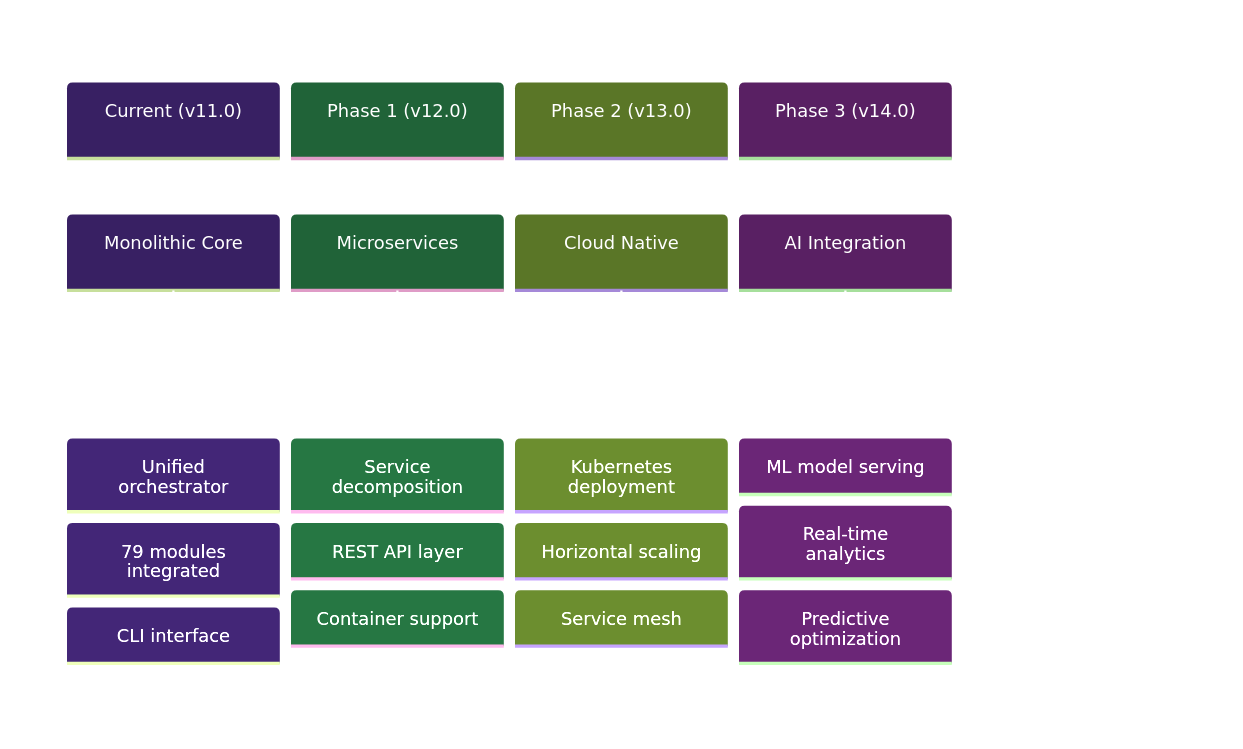
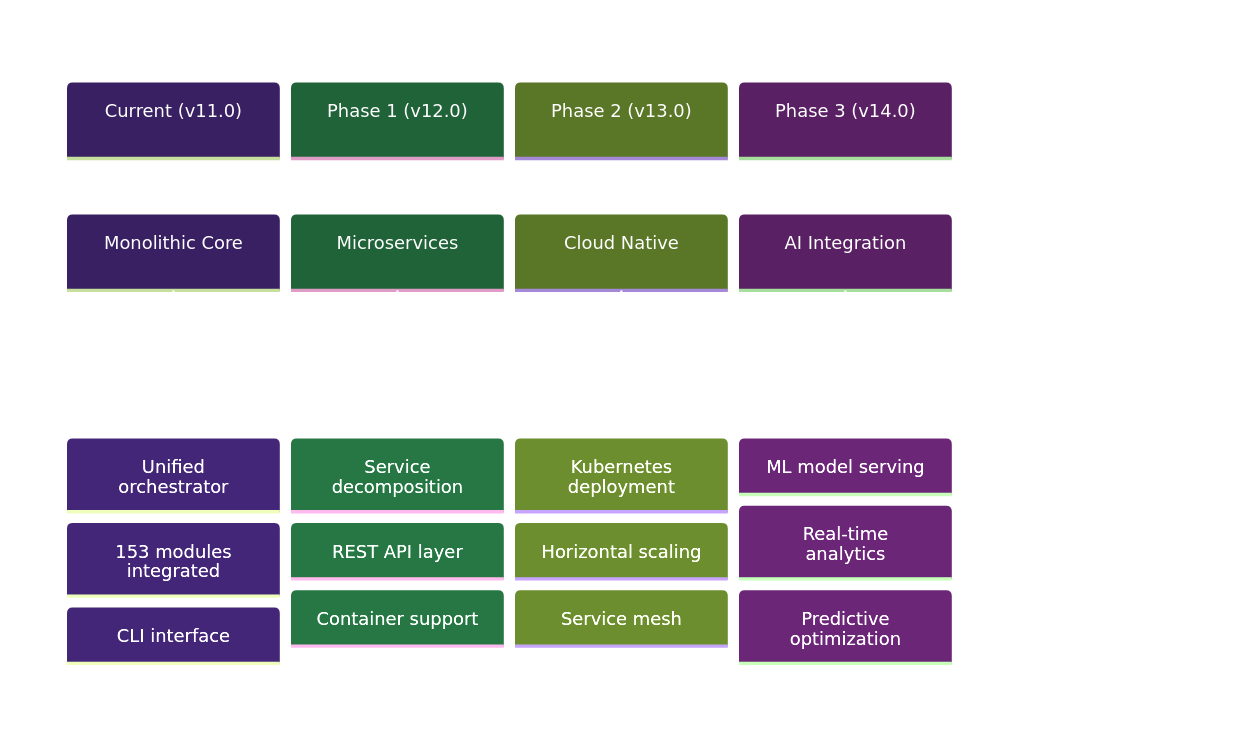
The seventh of 8 diagrams in docs/ARCHITECTURE/INDEX.md (arkalia-luna-system/ia-pipeline), drawn with Mermaid before and after one commit. The commit also changed other lines of this file and 29 other files, not shown here.

````diff
--- a/docs/ARCHITECTURE/INDEX.md
+++ b/docs/ARCHITECTURE/INDEX.md
@@ -340,25 +340,25 @@
 ```mermaid
 %%{init: {'theme':'base', 'themeVariables': { 'primaryColor': '#6f42c1', 'primaryTextColor': '#fff', 'primaryBorderColor': '#5a32a3'}}}%%
 timeline
     title Architecture Evolution Roadmap
     
     section Current (v11.0)
         Monolithic Core    : Unified orchestrator
-                          : 79 modules integrated
+                          : 153 modules integrated
                           : CLI interface
     
     section Phase 1 (v12.0)
         Microservices     : Service decomposition
                          : REST API layer
                          : Container support
     
     section Phase 2 (v13.0)
         Cloud Native      : Kubernetes deployment
                          : Horizontal scaling
                          : Service mesh
     
     section Phase 3 (v14.0)
         AI Integration    : ML model serving
                          : Real-time analytics
                          : Predictive optimization
 ```
````
